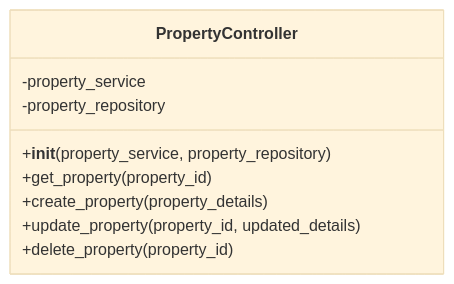
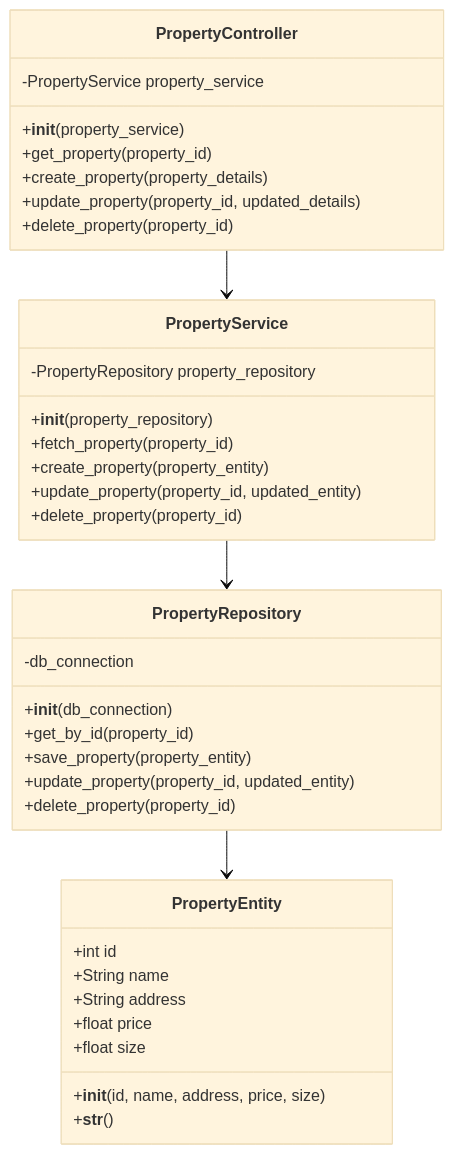
One commit to Gowthami0901/presentation changed the diagram in README.md. Above: the diagram before and after it, drawn with Mermaid (base theme).

````diff
--- a/README.md
+++ b/README.md
@@ -1,12 +1,43 @@
 ```mermaid
 classDiagram
+    class PropertyEntity {
+        +int id
+        +String name
+        +String address
+        +float price
+        +float size
+        +__init__(id, name, address, price, size)
+        +__str__()
+    }
+
+    class PropertyService {
+        -PropertyRepository property_repository
+        +__init__(property_repository)
+        +fetch_property(property_id)
+        +create_property(property_entity)
+        +update_property(property_id, updated_entity)
+        +delete_property(property_id)
+    }
+
+    class PropertyRepository {
+        -db_connection
+        +__init__(db_connection)
+        +get_by_id(property_id)
+        +save_property(property_entity)
+        +update_property(property_id, updated_entity)
+        +delete_property(property_id)
+    }
+
     class PropertyController {
-        -property_service
-        -property_repository
-        +__init__(property_service, property_repository)
+        -PropertyService property_service
+        +__init__(property_service)
         +get_property(property_id)
         +create_property(property_details)
         +update_property(property_id, updated_details)
         +delete_property(property_id)
     }
+
+    PropertyService --> PropertyRepository
+    PropertyController --> PropertyService
+    PropertyRepository --> PropertyEntity
 ```
````
